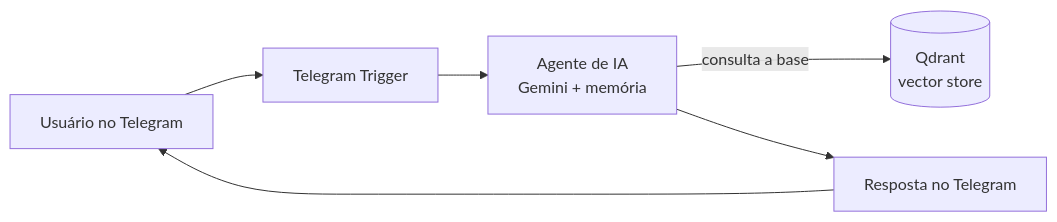
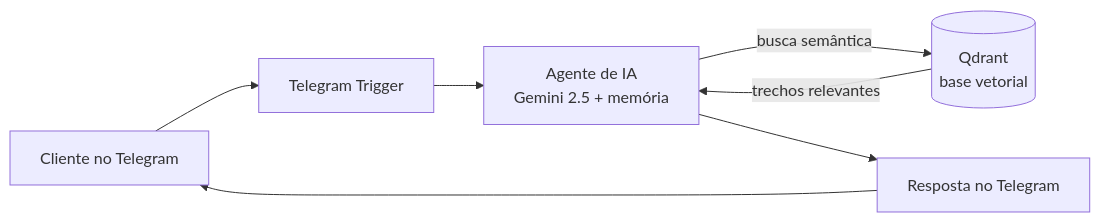
Before and after one commit to kauafernandomelo/techshop-bot-rag-n8n: the diagram in README.md, drawn with Mermaid. The commit also changed other lines of this file and 1 other file, not shown here.

````diff
--- a/README.md
+++ b/README.md
@@ -9,8 +20,9 @@
 ```mermaid
 flowchart LR
-    U[Usuário no Telegram] --> T[Telegram Trigger]
-    T --> AG[Agente de IA<br/>Gemini + memória]
-    AG -- consulta a base --> Q[(Qdrant<br/>vector store)]
+    U[Cliente no Telegram] --> T[Telegram Trigger]
+    T --> AG[Agente de IA<br/>Gemini 2.5 + memória]
+    AG -- busca semântica --> Q[(Qdrant<br/>base vetorial)]
+    Q -- trechos relevantes --> AG
     AG --> R[Resposta no Telegram]
     R --> U
 ```
````
